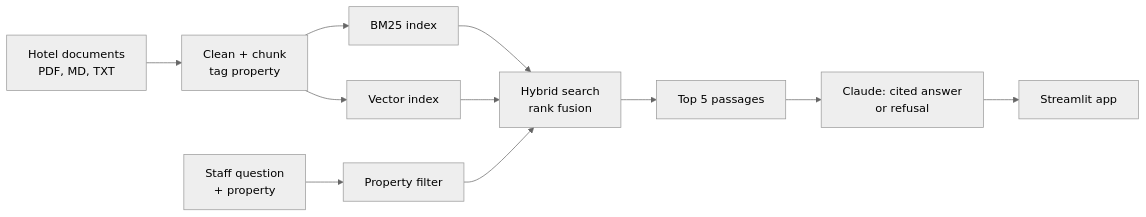
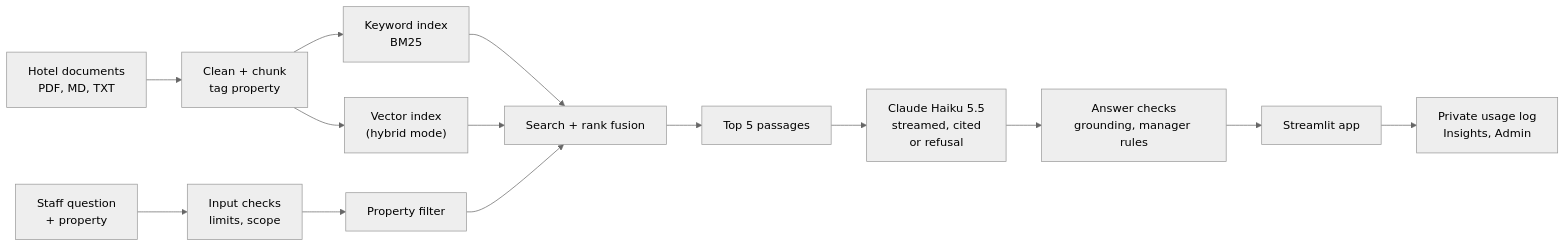
The first of 2 diagrams in README.md (vamsialladev/hotel-ops-assistant), drawn with Mermaid (neutral theme) before and after one commit. The commit also changed other lines of this file and 8 other files, not shown here.

Commit message:
docs: README, architecture, decisions 20-33, business case, security and demo script for 1.3.0

````diff
--- a/README.md
+++ b/README.md
@@ -89,11 +105,14 @@
 ```mermaid
 flowchart LR
     A["Hotel documents<br/>PDF, MD, TXT"] --> B["Clean + chunk<br/>tag property"]
-    B --> C["BM25 index"]
-    B --> D["Vector index"]
-    Q["Staff question<br/>+ property"] --> F["Property filter"]
-    C --> H["Hybrid search<br/>rank fusion"]
+    B --> C["Keyword index<br/>BM25"]
+    B --> D["Vector index<br/>(hybrid mode)"]
+    Q["Staff question<br/>+ property"] --> V["Input checks<br/>limits, scope"]
+    V --> F["Property filter"]
+    C --> H["Search + rank fusion"]
     D --> H
     F --> H
-    H --> I["Top 5 passages"] --> J["Claude: cited answer<br/>or refusal"] --> K["Streamlit app"]
+    H --> I["Top 5 passages"] --> J["Claude Haiku 5.5<br/>streamed, cited<br/>or refusal"]
+    J --> K["Answer checks<br/>grounding, manager rules"] --> L["Streamlit app"]
+    L --> M["Private usage log<br/>Insights, Admin"]
 ```
````
